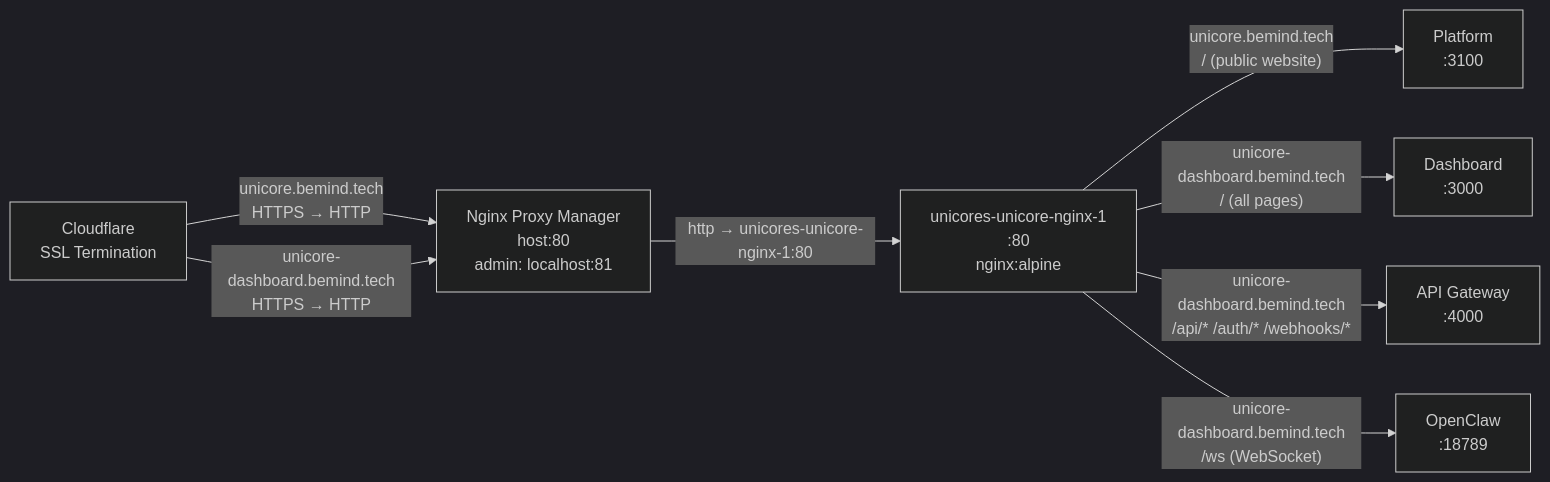
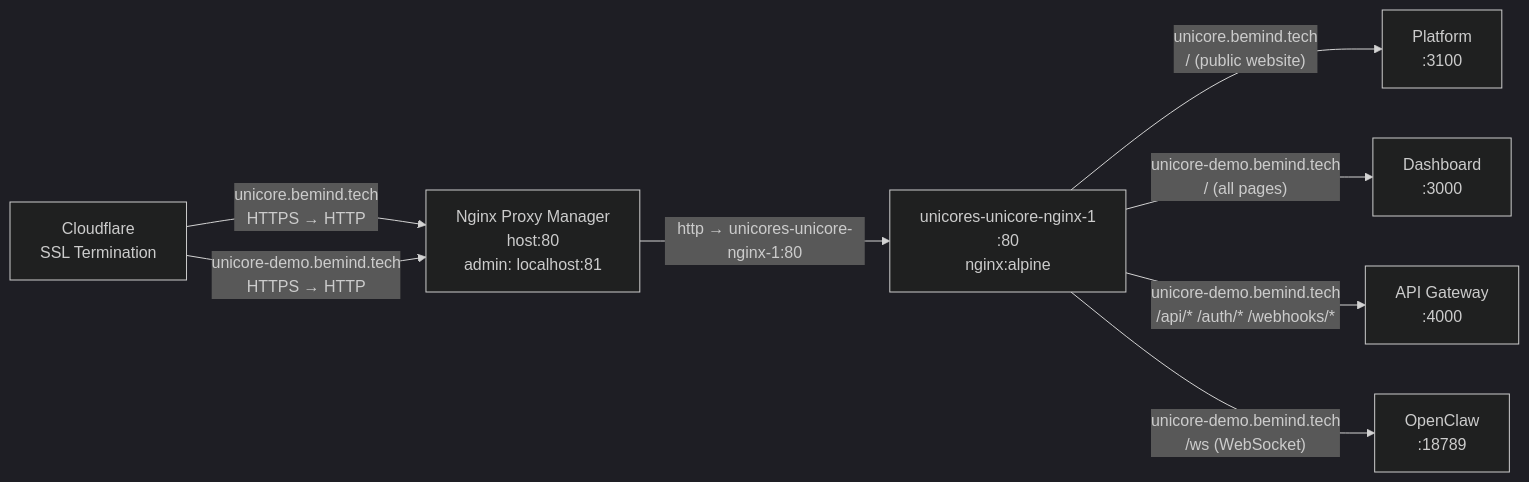
The first of 2 diagrams in architecture/networking.md (bemindlabs/unicore-ecosystem-docs), drawn with Mermaid (dark theme) before and after one commit. The commit also changed other lines of this file and 1 other file, not shown here.

Commit message:
auto: update 2 file(s) in unicore-ecosystem-docs

````diff
--- a/architecture/networking.md
+++ b/architecture/networking.md
@@ -5,18 +5,18 @@
 ```mermaid
 graph LR
   CF["Cloudflare<br/>SSL Termination"]
   NPM["Nginx Proxy Manager<br/>host:80<br/>admin: localhost:81"]
   NGX["unicores-unicore-nginx-1<br/>:80<br/>nginx:alpine"]
   PLAT["Platform<br/>:3100"]
   DASH["Dashboard<br/>:3000"]
   GW["API Gateway<br/>:4000"]
   OC["OpenClaw<br/>:18789"]
 
   CF -->|"unicore.bemind.tech<br/>HTTPS → HTTP"| NPM
-  CF -->|"unicore-dashboard.bemind.tech<br/>HTTPS → HTTP"| NPM
+  CF -->|"unicore-demo.bemind.tech<br/>HTTPS → HTTP"| NPM
   NPM -->|"http → unicores-unicore-nginx-1:80"| NGX
   NGX -->|"unicore.bemind.tech<br/>/ (public website)"| PLAT
-  NGX -->|"unicore-dashboard.bemind.tech<br/>/ (all pages)"| DASH
-  NGX -->|"unicore-dashboard.bemind.tech<br/>/api/* /auth/* /webhooks/*"| GW
-  NGX -->|"unicore-dashboard.bemind.tech<br/>/ws (WebSocket)"| OC
+  NGX -->|"unicore-demo.bemind.tech<br/>/ (all pages)"| DASH
+  NGX -->|"unicore-demo.bemind.tech<br/>/api/* /auth/* /webhooks/*"| GW
+  NGX -->|"unicore-demo.bemind.tech<br/>/ws (WebSocket)"| OC
 ```
````
